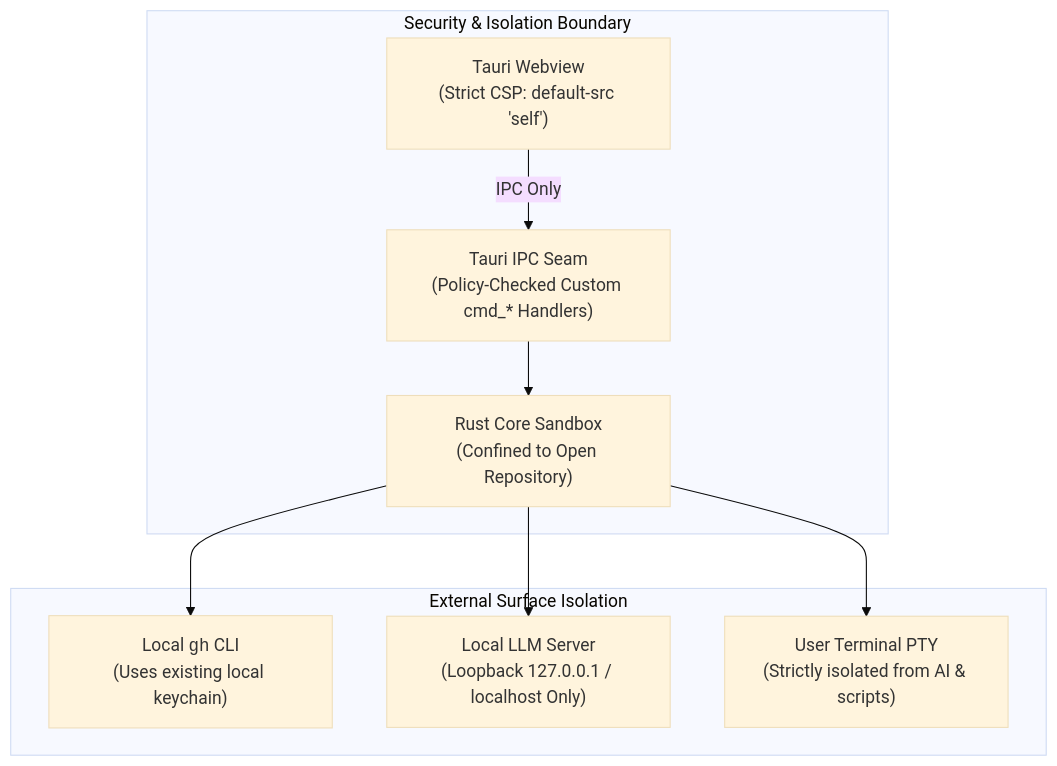
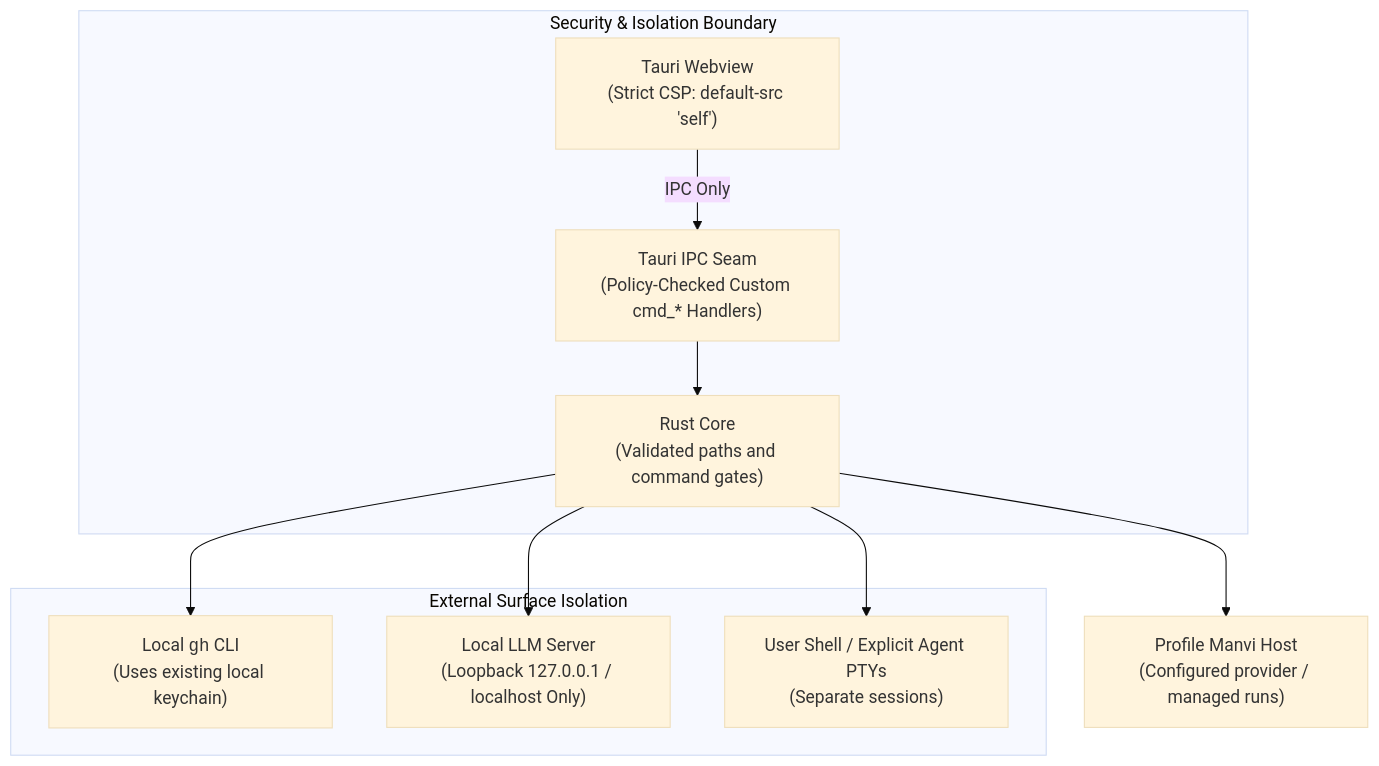
The diagram in docs/SECURITY.md (bharathvbcr/GitPulse), drawn with Mermaid (base theme) before and after one commit. The commit also changed other lines of this file and 23 other files, not shown here.

Commit message:
docs: refresh task workflows, architecture, and contributor guidance

````diff
--- a/docs/SECURITY.md
+++ b/docs/SECURITY.md
@@ -5,21 +7,22 @@
 ```mermaid
 flowchart TD
     subgraph Boundary["Security & Isolation Boundary"]
         Webview["Tauri Webview<br/>(Strict CSP: default-src 'self')"]
         IPCBoundary["Tauri IPC Seam<br/>(Policy-Checked Custom cmd_* Handlers)"]
-        LocalEngine["Rust Core Sandbox<br/>(Confined to Open Repository)"]
+        LocalEngine["Rust Core<br/>(Validated paths and command gates)"]
         
         Webview -->|IPC Only| IPCBoundary
         IPCBoundary --> LocalEngine
     end
 
     subgraph ExternalSurfaces["External Surface Isolation"]
         LocalGH["Local <code>gh</code> CLI<br/>(Uses existing local keychain)"]
         LocalAI["Local LLM Server<br/>(Loopback 127.0.0.1 / localhost Only)"]
-        PTY["User Terminal PTY<br/>(Strictly isolated from AI & scripts)"]
+        PTY["User Shell / Explicit Agent PTYs<br/>(Separate sessions)"]
     end
 
     LocalEngine --> LocalGH
     LocalEngine --> LocalAI
     LocalEngine --> PTY
+    LocalEngine --> ProfileManvi["Profile Manvi Host<br/>(Configured provider / managed runs)"]
 ```
````
